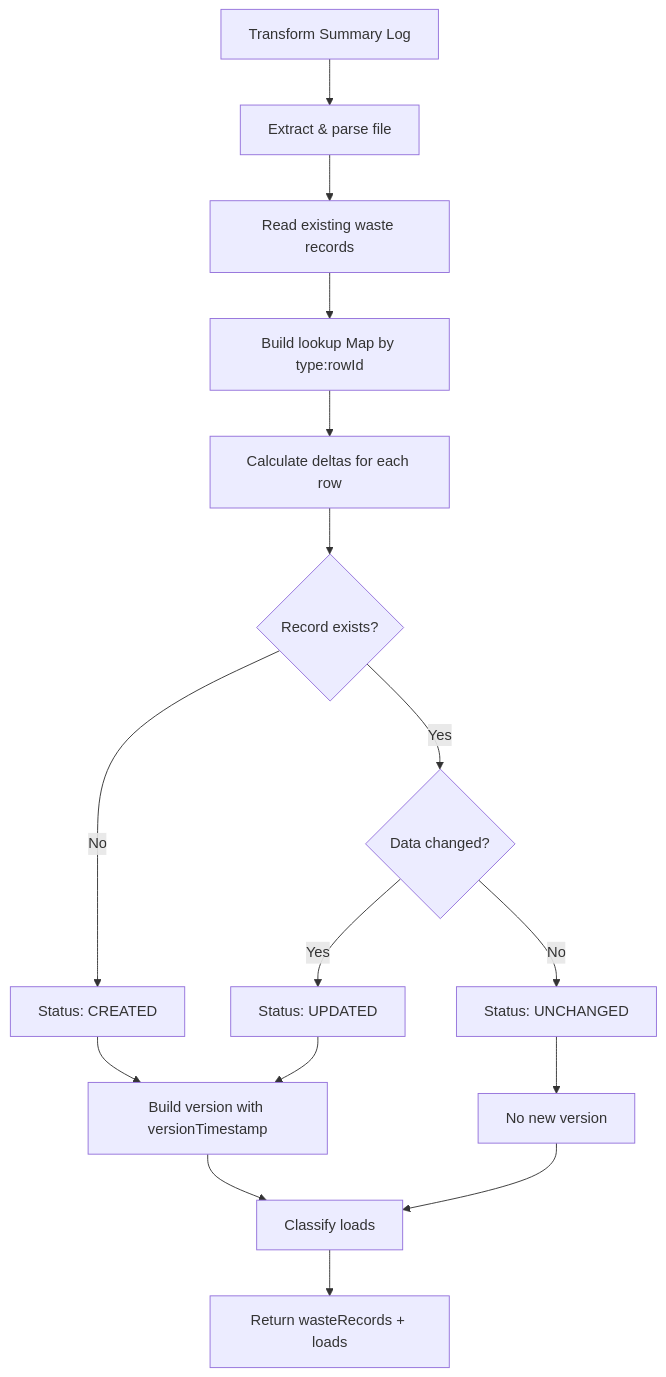
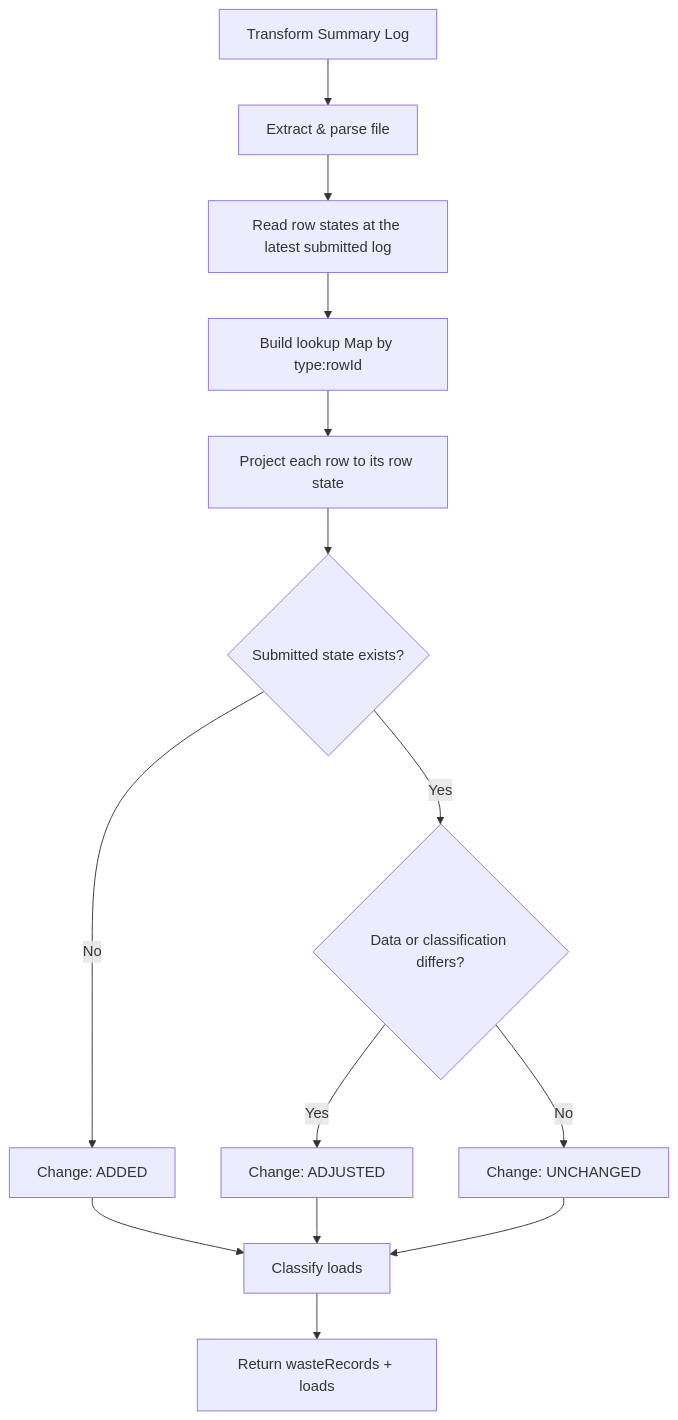
One commit to DEFRA/epr-re-ex-service changed the fourth of 7 diagrams in docs/architecture/defined/summary-log-submission-lld.md. Above: the diagram before and after it, drawn with Mermaid. The commit also changed other lines of this file, not shown here.

First line of the commit message:
Describe the row state write in the submission LLD

````diff
--- a/docs/architecture/defined/summary-log-submission-lld.md
+++ b/docs/architecture/defined/summary-log-submission-lld.md
@@ -275,18 +279,16 @@
 ```mermaid
 flowchart TD
     A[Transform Summary Log] --> B[Extract & parse file]
-    B --> C[Read existing waste records]
+    B --> C[Read row states at the latest submitted log]
     C --> D[Build lookup Map by type:rowId]
-    D --> E[Calculate deltas for each row]
-    E --> F{Record exists?}
-    F -->|Yes| G{Data changed?}
-    F -->|No| H[Status: CREATED]
-    G -->|Yes| I[Status: UPDATED]
-    G -->|No| J[Status: UNCHANGED]
-    H --> K[Build version with versionTimestamp]
-    I --> K
-    J --> L[No new version]
-    K --> M[Classify loads]
-    L --> M
+    D --> E[Project each row to its row state]
+    E --> F{Submitted state exists?}
+    F -->|Yes| G{Data or classification differs?}
+    F -->|No| H[Change: ADDED]
+    G -->|Yes| I[Change: ADJUSTED]
+    G -->|No| J[Change: UNCHANGED]
+    H --> M[Classify loads]
+    I --> M
+    J --> M
     M --> N[Return wasteRecords + loads]
 ```
````
